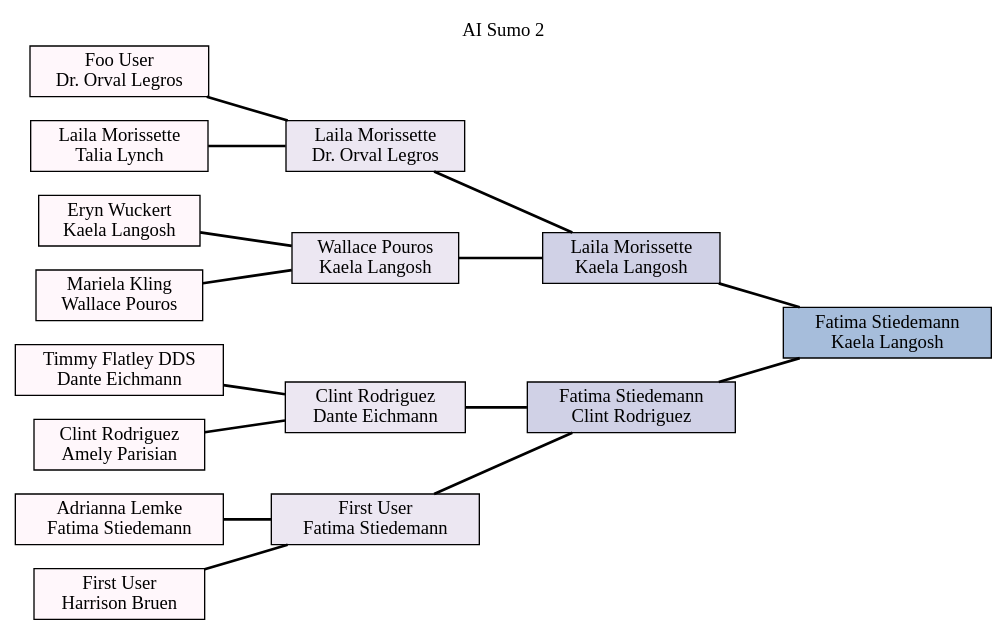
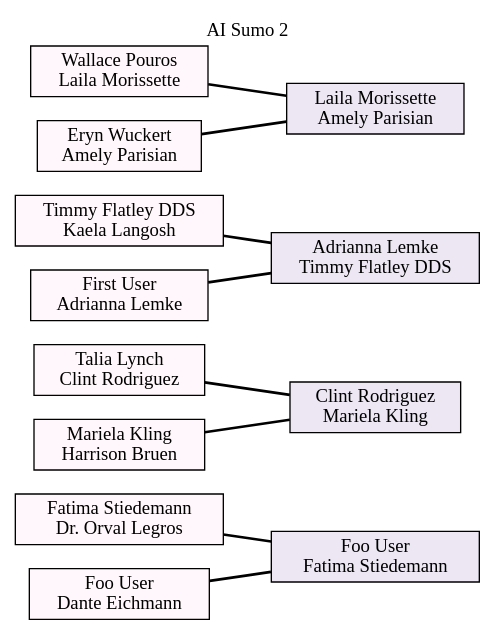
Before and after one commit to 12eebok/tournament_sandbox: the diagram in public/competitions/2/graph.dot, drawn with Graphviz. The commit also changed 35 other files, not shown here.

```diff
--- a/public/competitions/2/graph.dot
+++ b/public/competitions/2/graph.dot
@@ -1,37 +1,28 @@
 digraph 
   {
     label = "AI Sumo 2";
     rankdir = LR;
     labelloc="t";
     node [ shape = box, colorscheme = pubu8, style = filled ];
     edge [ arrowhead=none, arrowtail=none, style=bold ];
-    1269                 [ label = "Foo User\nDr. Orval Legros",fillcolor = 1 ];
-    1279                 [ label = "Laila Morissette\nDr. Orval Legros",fillcolor = 2 ];
-    1270                 [ label = "Adrianna Lemke\nFatima Stiedemann",fillcolor = 1 ];
-    1277                 [ label = "First User\nFatima Stiedemann",fillcolor = 2 ];
-    1271                 [ label = "Eryn Wuckert\nKaela Langosh",fillcolor = 1 ];
-    1280                 [ label = "Wallace Pouros\nKaela Langosh",fillcolor = 2 ];
-    1272                 [ label = "Mariela Kling\nWallace Pouros",fillcolor = 1 ];
-    1273                 [ label = "Timmy Flatley DDS\nDante Eichmann",fillcolor = 1 ];
-    1278                 [ label = "Clint Rodriguez\nDante Eichmann",fillcolor = 2 ];
-    1274                 [ label = "Laila Morissette\nTalia Lynch",fillcolor = 1 ];
-    1275                 [ label = "Clint Rodriguez\nAmely Parisian",fillcolor = 1 ];
-    1276                 [ label = "First User\nHarrison Bruen",fillcolor = 1 ];
-    1281                 [ label = "Fatima Stiedemann\nClint Rodriguez",fillcolor = 3 ];
-    1282                 [ label = "Laila Morissette\nKaela Langosh",fillcolor = 3 ];
-    1283                 [ label = "Fatima Stiedemann\nKaela Langosh",fillcolor = 4 ];
-    1269 -> 1279;
-    1270 -> 1277;
-    1271 -> 1280;
-    1272 -> 1280;
-    1273 -> 1278;
-    1274 -> 1279;
-    1275 -> 1278;
-    1276 -> 1277;
-    1277 -> 1281;
-    1278 -> 1281;
-    1279 -> 1282;
-    1280 -> 1282;
-    1281 -> 1283;
-    1282 -> 1283;
+    1284                 [ label = "Fatima Stiedemann\nDr. Orval Legros",fillcolor = 1 ];
+    1292                 [ label = "Foo User\nFatima Stiedemann",fillcolor = 2 ];
+    1285                 [ label = "Talia Lynch\nClint Rodriguez",fillcolor = 1 ];
+    1293                 [ label = "Clint Rodriguez\nMariela Kling",fillcolor = 2 ];
+    1286                 [ label = "Timmy Flatley DDS\nKaela Langosh",fillcolor = 1 ];
+    1295                 [ label = "Adrianna Lemke\nTimmy Flatley DDS",fillcolor = 2 ];
+    1287                 [ label = "Wallace Pouros\nLaila Morissette",fillcolor = 1 ];
+    1294                 [ label = "Laila Morissette\nAmely Parisian",fillcolor = 2 ];
+    1288                 [ label = "First User\nAdrianna Lemke",fillcolor = 1 ];
+    1289                 [ label = "Eryn Wuckert\nAmely Parisian",fillcolor = 1 ];
+    1290                 [ label = "Mariela Kling\nHarrison Bruen",fillcolor = 1 ];
+    1291                 [ label = "Foo User\nDante Eichmann",fillcolor = 1 ];
+    1284 -> 1292;
+    1285 -> 1293;
+    1286 -> 1295;
+    1287 -> 1294;
+    1288 -> 1295;
+    1289 -> 1294;
+    1290 -> 1293;
+    1291 -> 1292;
   }
```
